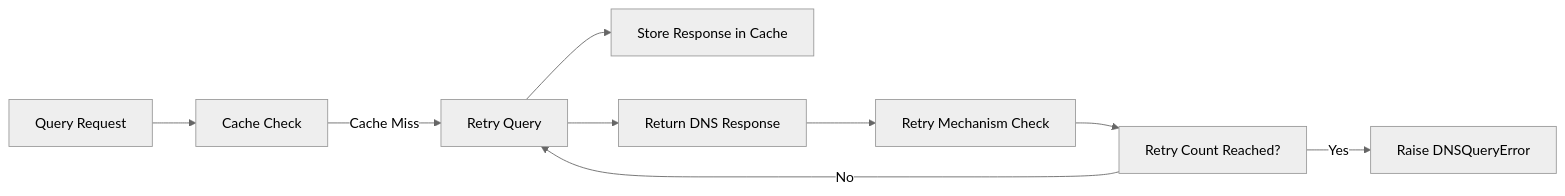
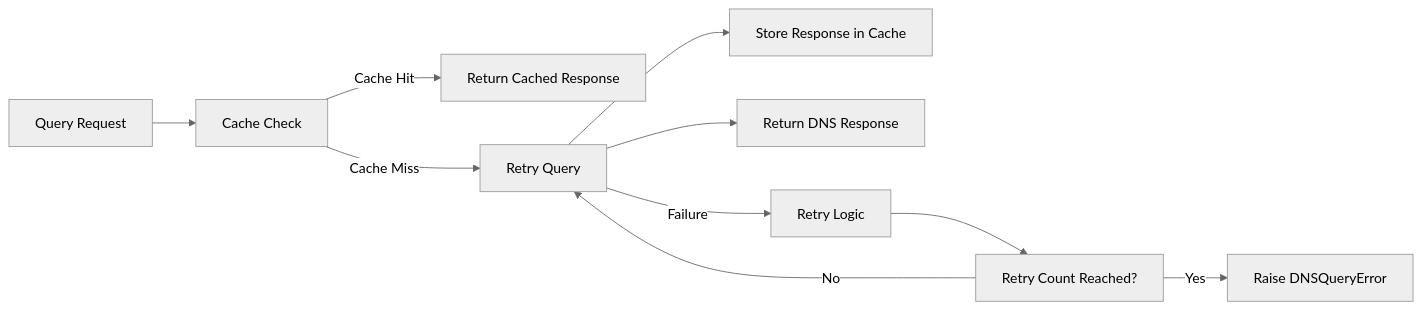
One commit to PrivyDNS/PrivyDNS changed the second of 3 diagrams in ARCHITECTURE.md. Above: the diagram before and after it, drawn with Mermaid (neutral theme). The commit also changed other lines of this file and 7 other files, not shown here.

````diff
--- a/ARCHITECTURE.md
+++ b/ARCHITECTURE.md
@@ -51,11 +63,12 @@
 ```mermaid
 graph LR
   A[Query Request] --> B[Cache Check]
-  B -->|Cache Miss| C[Query DNS Server]
-  C --> D[Store Response in Cache]
-  C --> E[Return DNS Response]
-  E --> F[Retry Mechanism Check]
-  F --> G[Retry Count Reached?]
-  G -->|Yes| H[Raise DNSQueryError]
-  G -->|No| C[Retry Query]
+  B -->|Cache Hit| C[Return Cached Response]
+  B -->|Cache Miss| D[Query DNS Server]
+  D --> E[Store Response in Cache]
+  D --> F[Return DNS Response]
+  D -->|Failure| G[Retry Logic]
+  G --> H[Retry Count Reached?]
+  H -->|Yes| I[Raise DNSQueryError]
+  H -->|No| D[Retry Query]
 ```
````
